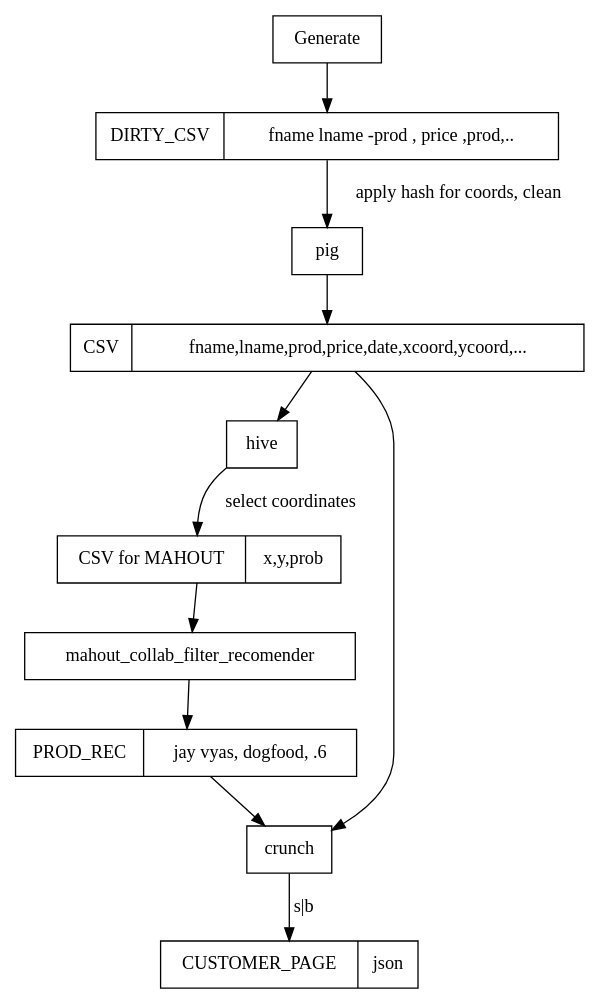
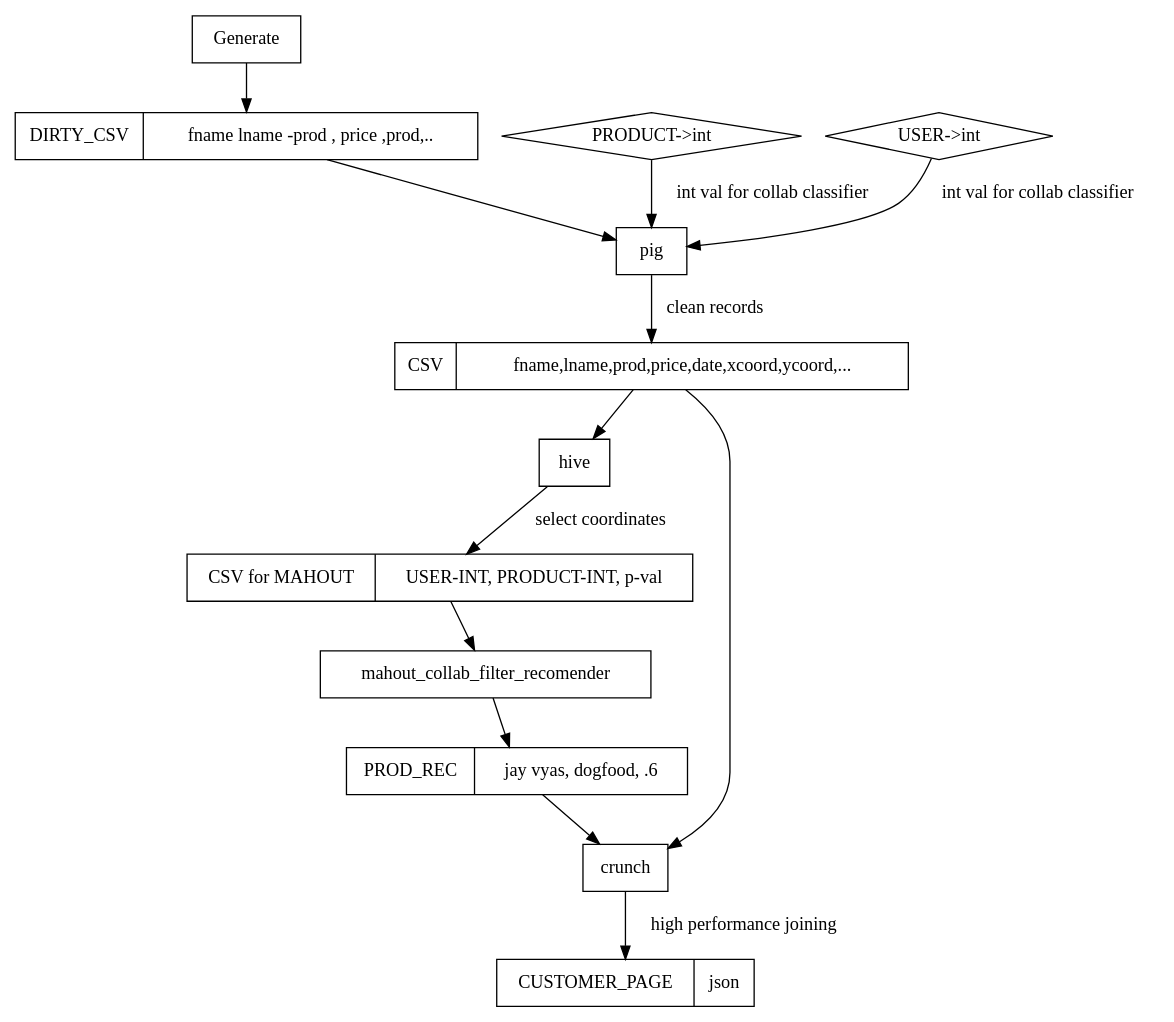
One commit to jayunit100/bigpetstore changed the diagram in arch.dot. Above: the diagram before and after it, drawn with Graphviz. The commit also changed 1 other file, not shown here.

Commit message:
architecture

```diff
--- a/arch.dot
+++ b/arch.dot
@@ -1,25 +1,34 @@
 digraph ethane {
 
    node [shape=record];
    CUSTOMER_PAGE [label="CUSTOMER_PAGE|json"];
 
    DIRTY_CSV [label="DIRTY_CSV|fname   lname -prod , price ,prod,.."];
 
    CSV [label="CSV|fname,lname,prod,price,date,xcoord,ycoord,..."];
 
    PROD_REC [label="PROD_REC  | jay vyas, dogfood, .6"];
 
+   PROD_HASH [shape=diamond label="PRODUCT->int"];   
+   USER_HASH [shape=diamond label="USER->int"];
 
-MAHOUT_VIEW [label="CSV for MAHOUT | x,y,prob"];
+
+MAHOUT_VIEW [label="CSV for MAHOUT | USER-INT,  PRODUCT-INT,  p-val"];
 
    Generate -> DIRTY_CSV ;
-   DIRTY_CSV -> pig [label="apply hash for coords, clean"];  
-   pig -> CSV [Shape="record"];
-
+   DIRTY_CSV -> pig [label=""];  
+   
+   
+   pig -> CSV [label="clean records"];
+   PROD_HASH -> pig [label="int val for collab classifier"];
+   USER_HASH -> pig  [label="int val for collab classifier"];
+   
    CSV -> hive ; 
    hive -> MAHOUT_VIEW [label="select coordinates"];          
     MAHOUT_VIEW -> mahout_collab_filter_recomender -> PROD_REC ;
    PROD_REC  -> crunch
    CSV -> crunch ; 
-   crunch -> CUSTOMER_PAGE [label="s|b"];
+   crunch -> CUSTOMER_PAGE [label="high performance joining"];
+
+   
 }
```
